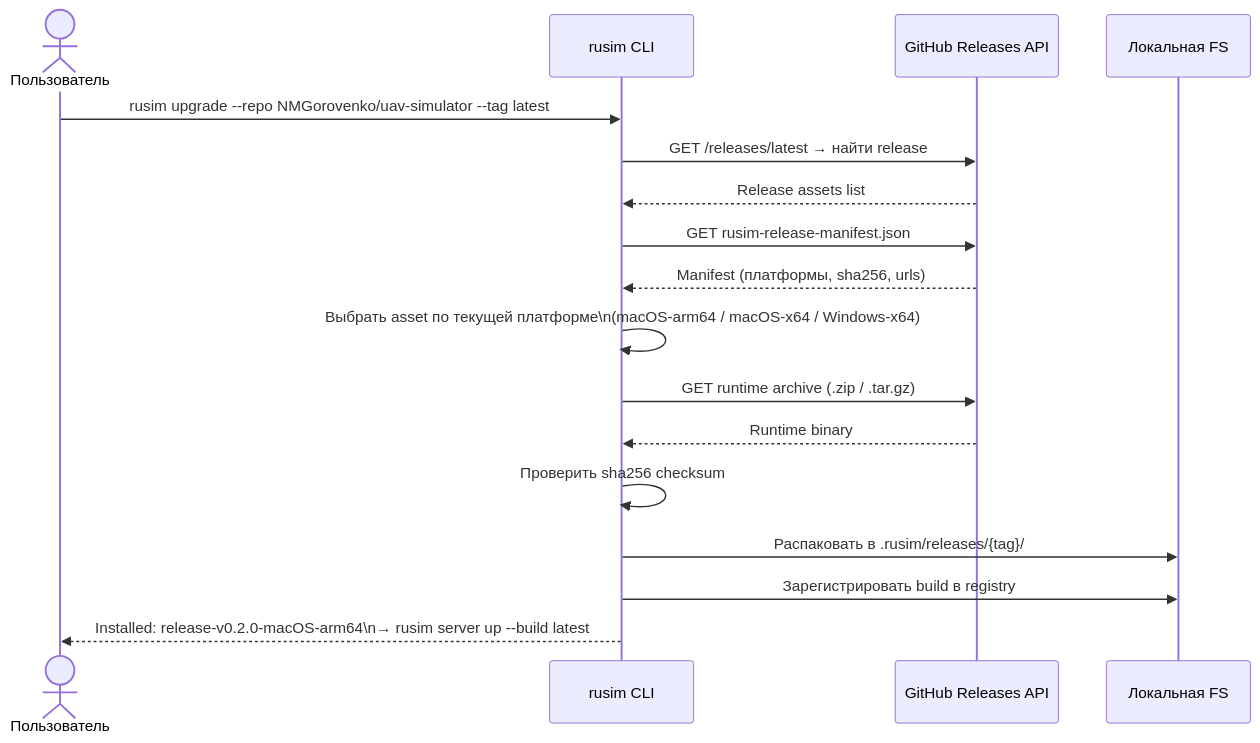
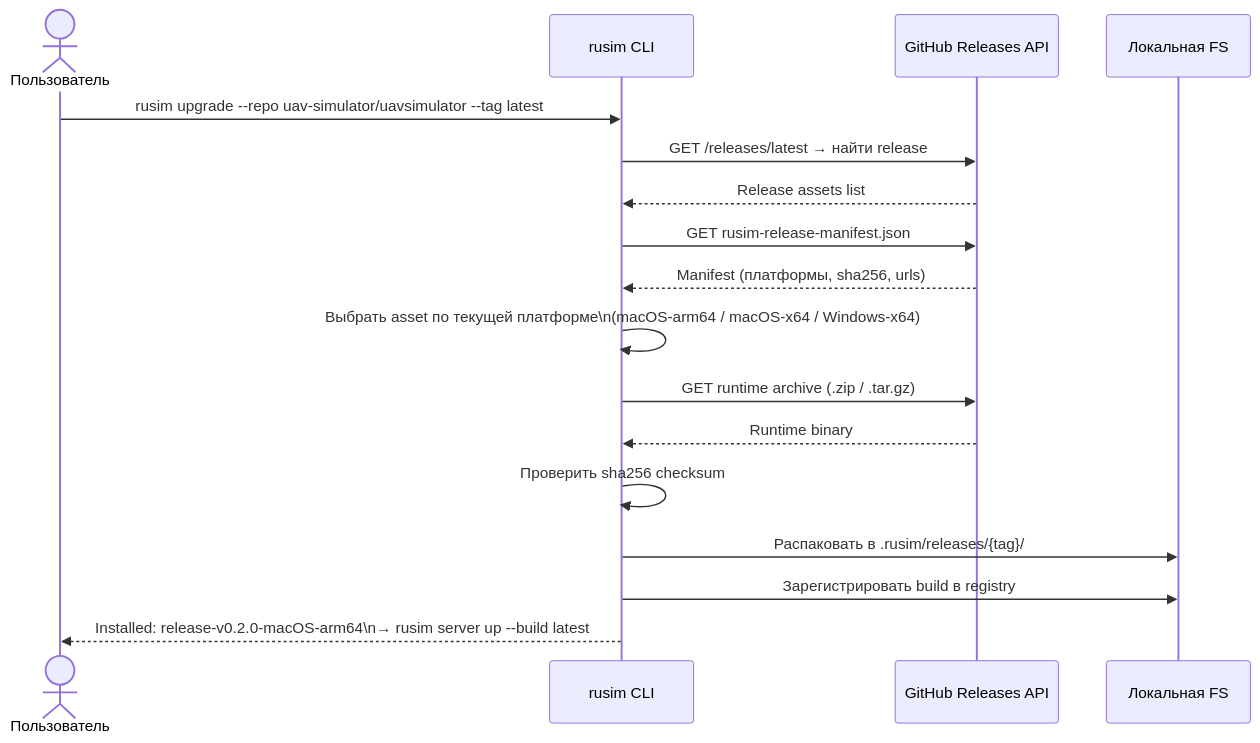
One commit to uav-simulator/uavsimulator changed diagram 11 of 23 in docs/report/prediploma-practice/sprint-1-changelog.md. Above: the diagram before and after it, drawn with Mermaid. The commit also changed other lines of this file and 10 other files, not shown here.

Commit message:
chore: update repo URLs after migration to uav-simulator org

````diff
--- a/docs/report/prediploma-practice/sprint-1-changelog.md
+++ b/docs/report/prediploma-practice/sprint-1-changelog.md
@@ -676,25 +676,25 @@
 ```mermaid
 sequenceDiagram
     actor User as Пользователь
     participant CLI as rusim CLI
     participant GH as GitHub Releases API
     participant FS as Локальная FS
 
-    User->>CLI: rusim upgrade --repo NMGorovenko/uav-simulator --tag latest
+    User->>CLI: rusim upgrade --repo uav-simulator/uavsimulator --tag latest
 
     CLI->>GH: GET /releases/latest → найти release
     GH-->>CLI: Release assets list
 
     CLI->>GH: GET rusim-release-manifest.json
     GH-->>CLI: Manifest (платформы, sha256, urls)
 
     CLI->>CLI: Выбрать asset по текущей платформе\n(macOS-arm64 / macOS-x64 / Windows-x64)
 
     CLI->>GH: GET runtime archive (.zip / .tar.gz)
     GH-->>CLI: Runtime binary
 
     CLI->>CLI: Проверить sha256 checksum
     CLI->>FS: Распаковать в .rusim/releases/{tag}/
     CLI->>FS: Зарегистрировать build в registry
     CLI-->>User: Installed: release-v0.2.0-macOS-arm64\n→ rusim server up --build latest
 ```
````
